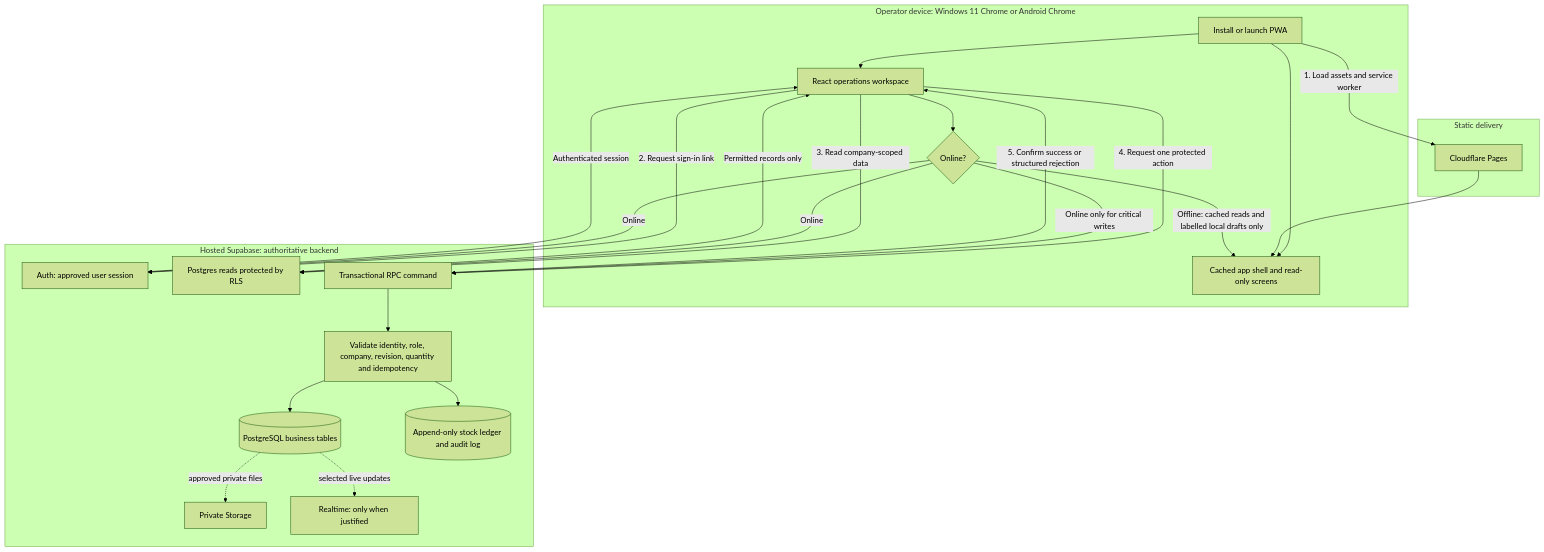
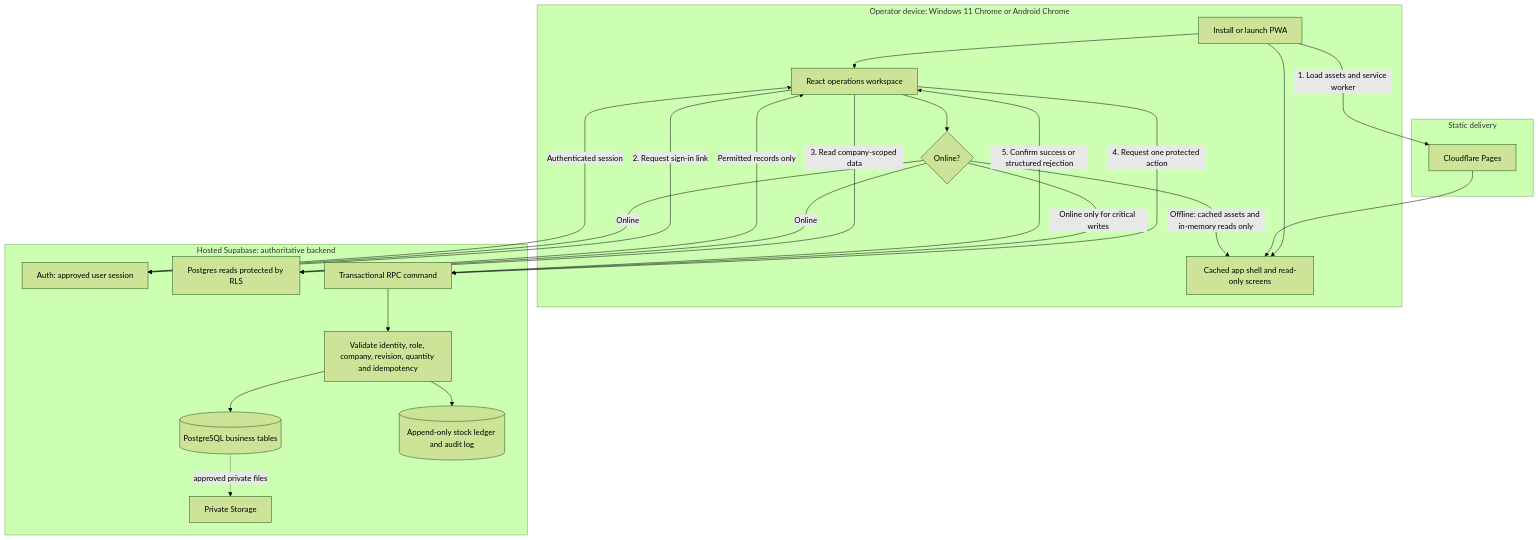
The diagram in README.md (raktim-yoddha/fasteners-factory-erp-old), drawn with Mermaid (forest theme) before and after one commit. The commit also changed other lines of this file and 306 other files, not shown here.

````diff
--- a/README.md
+++ b/README.md
@@ -36,44 +21,42 @@
 ```mermaid
 flowchart TB
   subgraph D[Operator device: Windows 11 Chrome or Android Chrome]
     I[Install or launch PWA]
     C[Cached app shell and read-only screens]
     U[React operations workspace]
     N{Online?}
     I --> U
     I --> C
     U --> N
   end
 
   subgraph H[Static delivery]
     P[Cloudflare Pages]
   end
 
   subgraph S[Hosted Supabase: authoritative backend]
     A[Auth: approved user session]
     R[Postgres reads protected by RLS]
     X[Transactional RPC command]
     V[Validate identity, role, company, revision, quantity and idempotency]
     T[(PostgreSQL business tables)]
     L[(Append-only stock ledger and audit log)]
     ST[Private Storage]
-    RT[Realtime: only when justified]
     X --> V --> T
     V --> L
     T -. approved private files .-> ST
-    T -. selected live updates .-> RT
   end
 
   I -->|1. Load assets and service worker| P
   P --> C
   U -->|2. Request sign-in link| A
   A -->|Authenticated session| U
   U -->|3. Read company-scoped data| R
   R -->|Permitted records only| U
   U -->|4. Request one protected action| X
   X -->|5. Confirm success or structured rejection| U
   N -->|Online| A
   N -->|Online| R
   N -->|Online only for critical writes| X
-  N -->|Offline: cached reads and labelled local drafts only| C
+  N -->|Offline: cached assets and in-memory reads only| C
 ```
````
